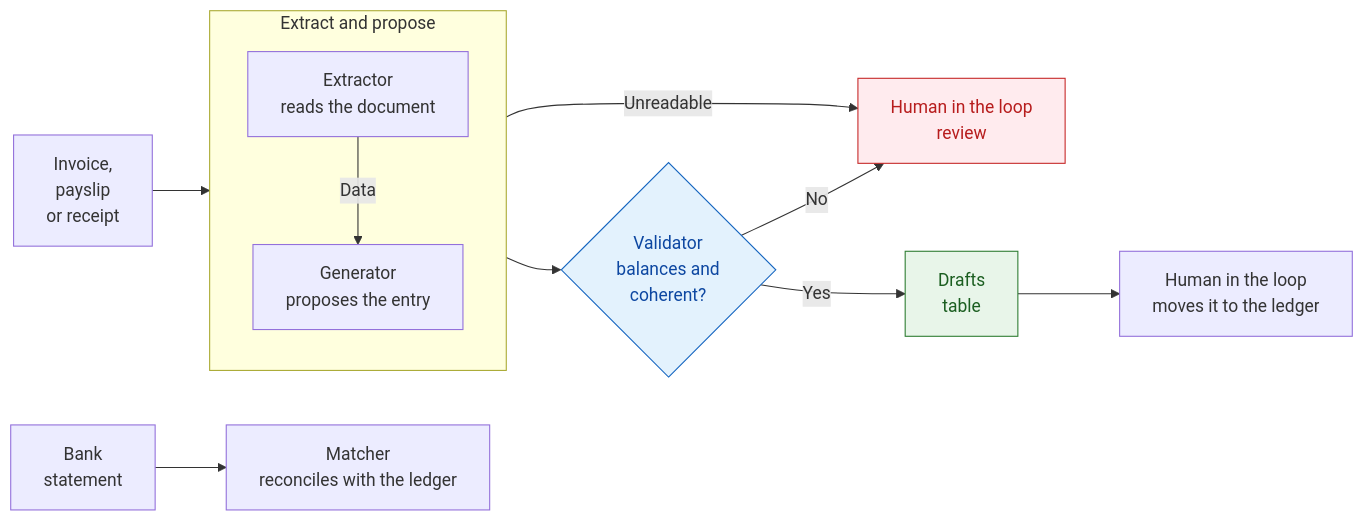
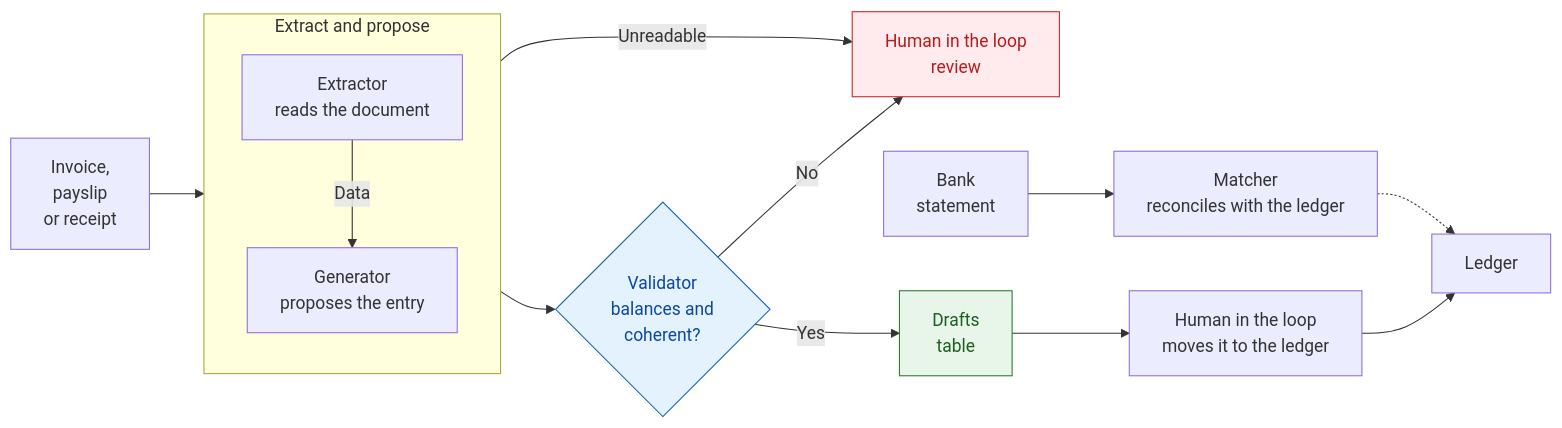
Before and after one commit to jleonceo/accounting-agent-swarm: the diagram in README.en.md, drawn with Mermaid. The commit also changed 1 other file, not shown here.

Commit message:
Esquema: el punteador queda unido al libro diario
El extracto bancario y el punteador estaban sueltos. Se añade la caja del
libro diario, adonde llega el asiento validado y contra el que se concilia.

````diff
--- a/README.en.md
+++ b/README.en.md
@@ -19,17 +19,19 @@
 ```mermaid
 flowchart LR
     D[Invoice,<br/>payslip<br/>or receipt] --> S1
     subgraph S1[Extract and propose]
         direction TB
         E[Extractor<br/>reads the document] -->|Data| G[Generator<br/>proposes the entry]
     end
     S1 --> V{Validator<br/>balances and<br/>coherent?}
     S1 -->|Unreadable| H[Human in the loop<br/>review]
     V -->|No| H
     V -->|Yes| BO[Drafts<br/>table]
     BO --> H2[Human in the loop<br/>moves it to the ledger]
+    H2 --> LD[Ledger]
     X[Bank<br/>statement] --> P[Matcher<br/>reconciles with the ledger]
+    P -.-> LD
     style V fill:#e3f2fd,stroke:#1565c0,color:#0d47a1
     style BO fill:#e8f5e9,stroke:#2e7d32,color:#1b5e20
     style H fill:#ffebee,stroke:#c62828,color:#b71c1c
 ```
````
